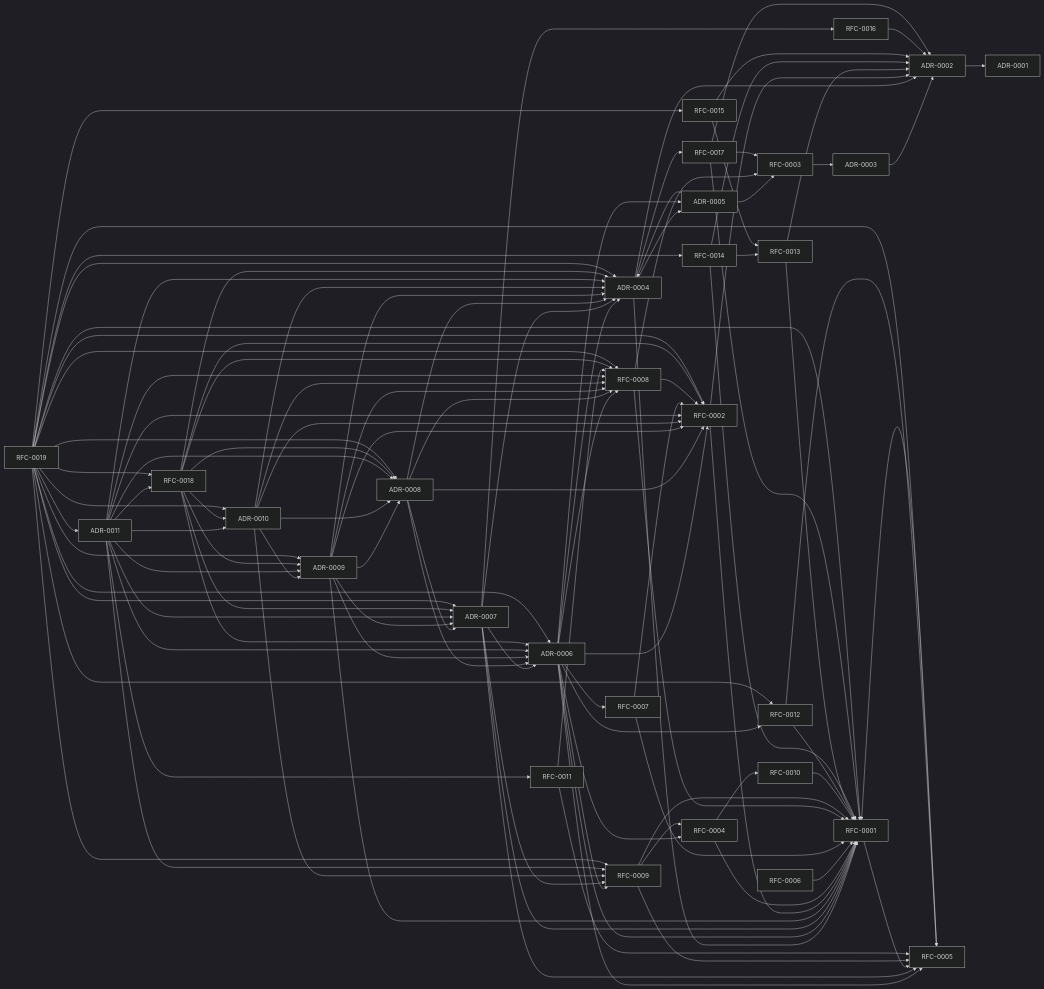
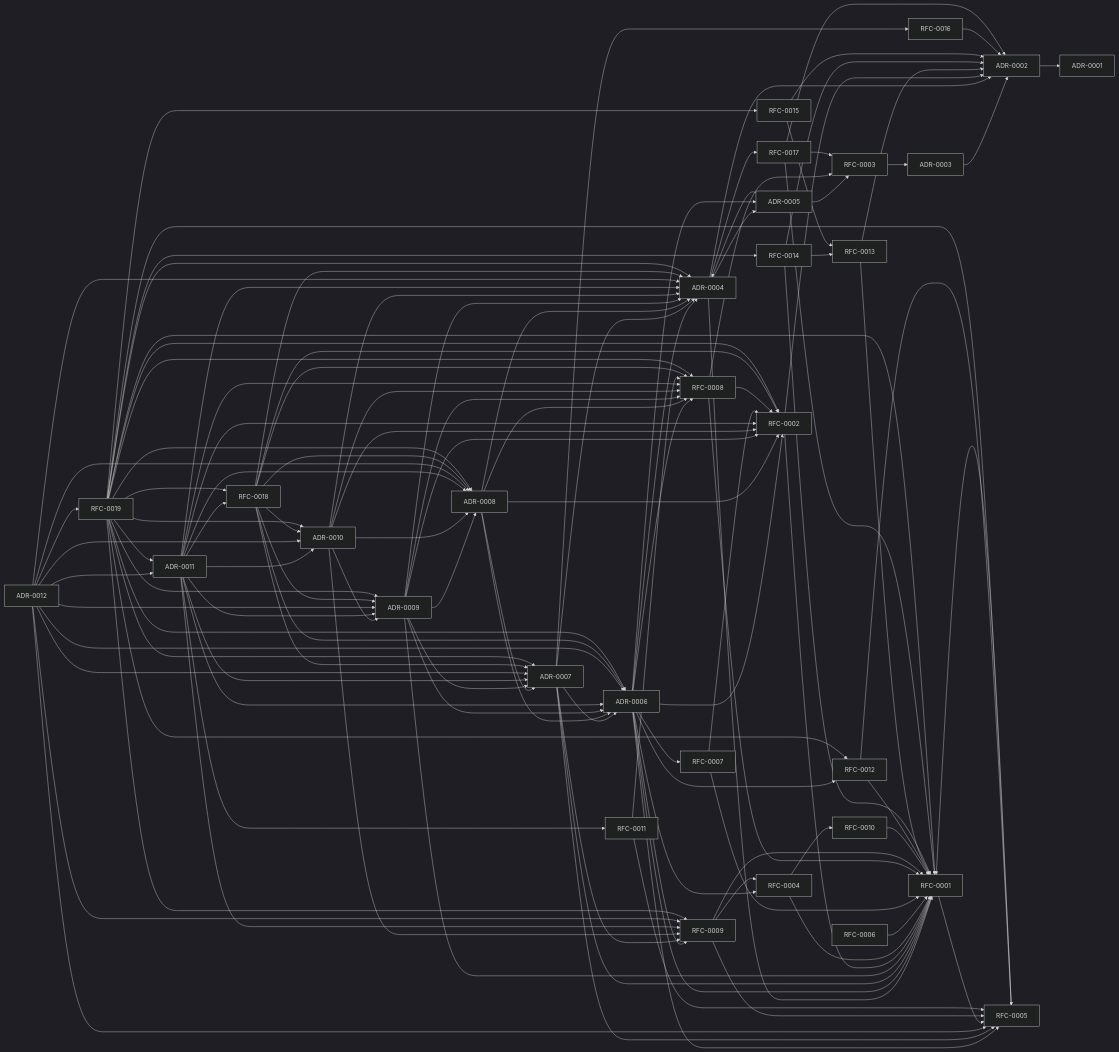
Before and after one commit to brilliantgibrann16/frontier-creative-os: the diagram in docs/derived/DOCUMENT_GRAPH.md, drawn with Mermaid (dark theme). The commit also changed other lines of this file and 4 other files, not shown here.

```diff
--- a/docs/derived/DOCUMENT_GRAPH.md
+++ b/docs/derived/DOCUMENT_GRAPH.md
@@ -87,6 +88,7 @@
   ADR0009["ADR-0009"]
   ADR0010["ADR-0010"]
   ADR0011["ADR-0011"]
+  ADR0012["ADR-0012"]
   RFC0001["RFC-0001"]
   RFC0002["RFC-0002"]
   RFC0003["RFC-0003"]
@@ -159,6 +161,16 @@
   ADR0011 --> RFC0009
   ADR0011 --> RFC0011
   ADR0011 --> RFC0018
+  ADR0012 --> ADR0004
+  ADR0012 --> ADR0006
+  ADR0012 --> ADR0007
+  ADR0012 --> ADR0008
+  ADR0012 --> ADR0009
+  ADR0012 --> ADR0010
+  ADR0012 --> ADR0011
+  ADR0012 --> RFC0005
+  ADR0012 --> RFC0009
+  ADR0012 --> RFC0019
   RFC0001 --> RFC0005
   RFC0002 --> ADR0002
   RFC0002 --> RFC0001
```
